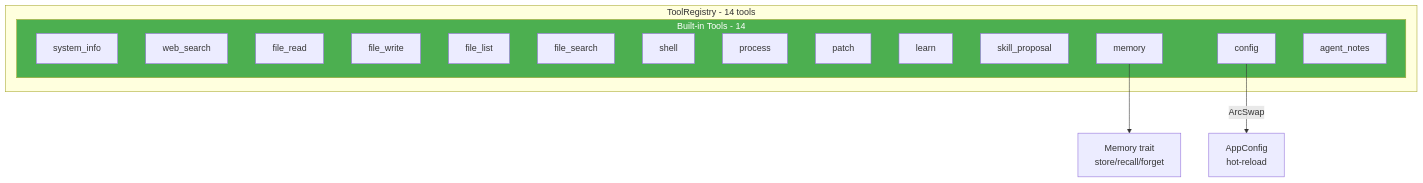
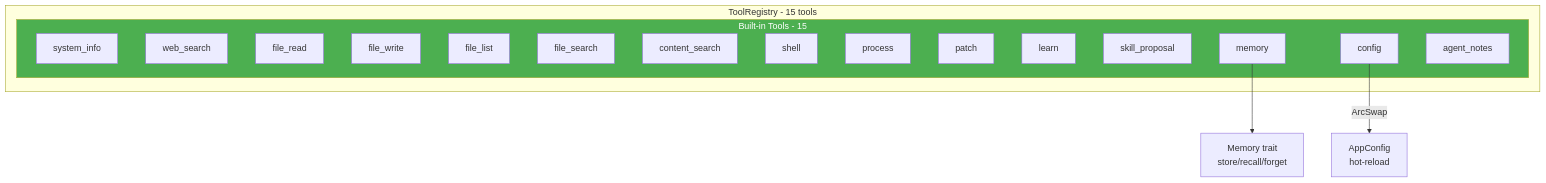
One commit to sprklai/zenii changed diagram 18 of 31 in docs-site/docs/architecture.md. Above: the diagram before and after it, drawn with Mermaid. The commit also changed other lines of this file and 5 other files, not shown here.

First line of the commit message:
fix: update docs for content_search tool and fix std::sync::Mutex in async path

````diff
--- a/docs-site/docs/architecture.md
+++ b/docs-site/docs/architecture.md
@@ -1277,26 +1278,27 @@
 ```mermaid
 graph TD
-    subgraph ToolRegistry["ToolRegistry - 14 tools"]
-        subgraph Base["Built-in Tools - 14"]
+    subgraph ToolRegistry["ToolRegistry - 15 tools"]
+        subgraph Base["Built-in Tools - 15"]
             SysInfo[system_info]
             WebSearch[web_search]
             FileR[file_read]
             FileW[file_write]
             FileL[file_list]
             FileS[file_search]
+            ContentS[content_search]
             Shell[shell]
             Process[process]
             Patch[patch]
             Learn[learn]
             SkillP[skill_proposal]
             MemT[memory]
             ConfigT[config]
             AgentSelf["agent_notes"]
         end
     end
 
     ConfigT -->|ArcSwap| Config["AppConfig<br>hot-reload"]
     MemT --> Memory["Memory trait<br>store/recall/forget"]
 
     style Base fill:#4CAF50,color:#fff
 ```
````
